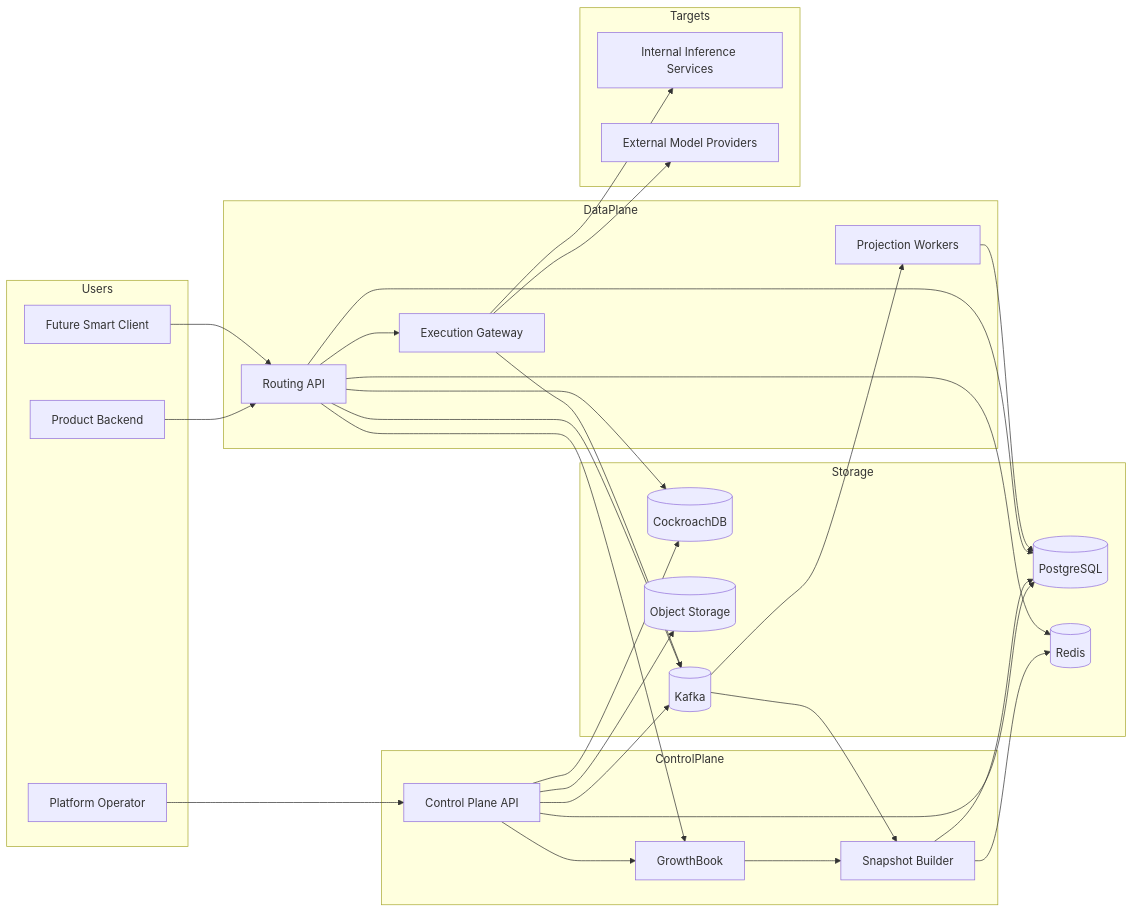
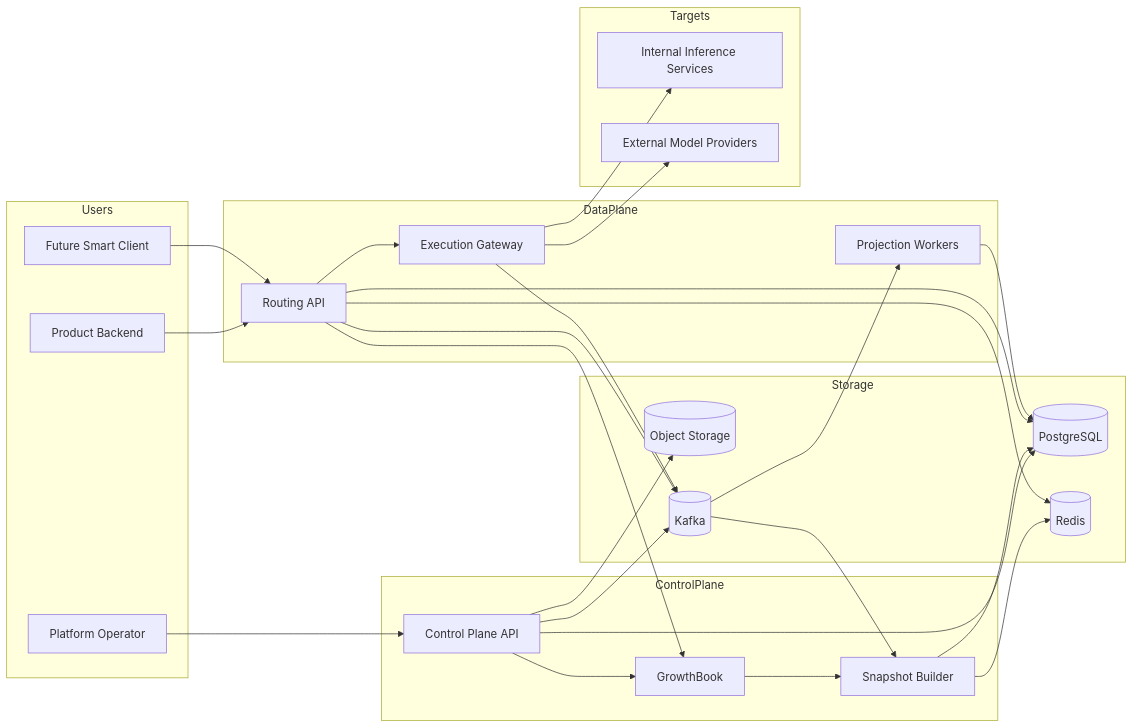
The first of 5 diagrams in README.md (brandon-benge/example-model-routing), drawn with Mermaid before and after one commit. The commit also changed other lines of this file and 6 other files, not shown here.

````diff
--- a/README.md
+++ b/README.md
@@ -20,58 +20,55 @@
 ```mermaid
 flowchart LR
     subgraph Users
         OP[Platform Operator]
         APP[Product Backend]
         SC[Future Smart Client]
     end
 
     subgraph ControlPlane
         CPA[Control Plane API]
         GB[GrowthBook]
         SB[Snapshot Builder]
     end
 
     subgraph DataPlane
         RA[Routing API]
         EG[Execution Gateway]
         PW[Projection Workers]
     end
 
     subgraph Storage
         PG[(PostgreSQL)]
-        CRDB[(CockroachDB)]
         OBJ[(Object Storage)]
         REDIS[(Redis)]
         KAFKA[(Kafka)]
     end
 
     subgraph Targets
         IIS2[Internal Inference Services]
         MP[External Model Providers]
     end
 
     OP --> CPA
     CPA --> PG
-    CPA --> CRDB
     CPA --> OBJ
     CPA --> KAFKA
     CPA --> GB
     GB --> SB
     KAFKA --> SB
     SB --> PG
     SB --> REDIS
 
     APP --> RA
     SC --> RA
     RA --> REDIS
     RA --> PG
-    RA --> CRDB
     RA --> GB
     RA --> EG
     RA --> KAFKA
     EG --> IIS2
     EG --> MP
     EG --> KAFKA
     KAFKA --> PW
     PW --> PG
 ```
````
